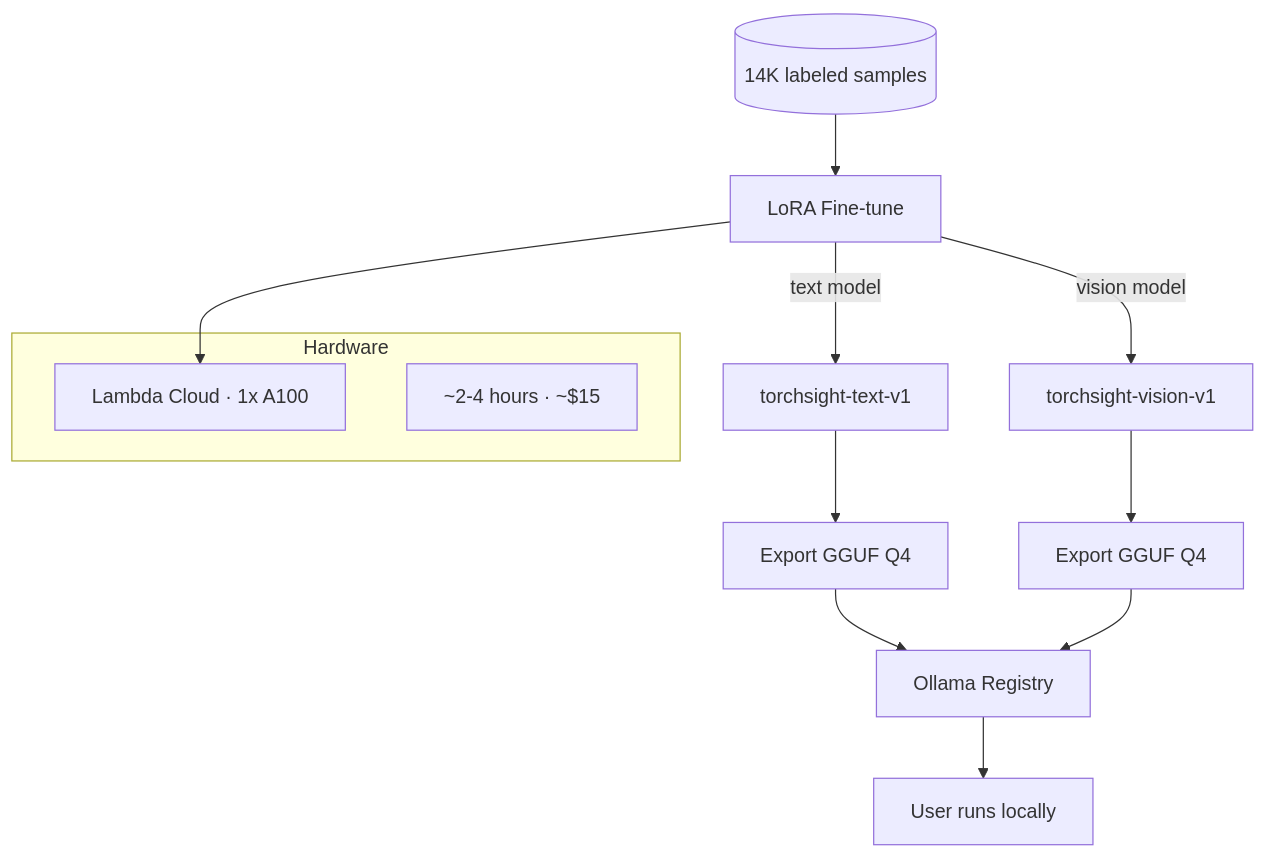
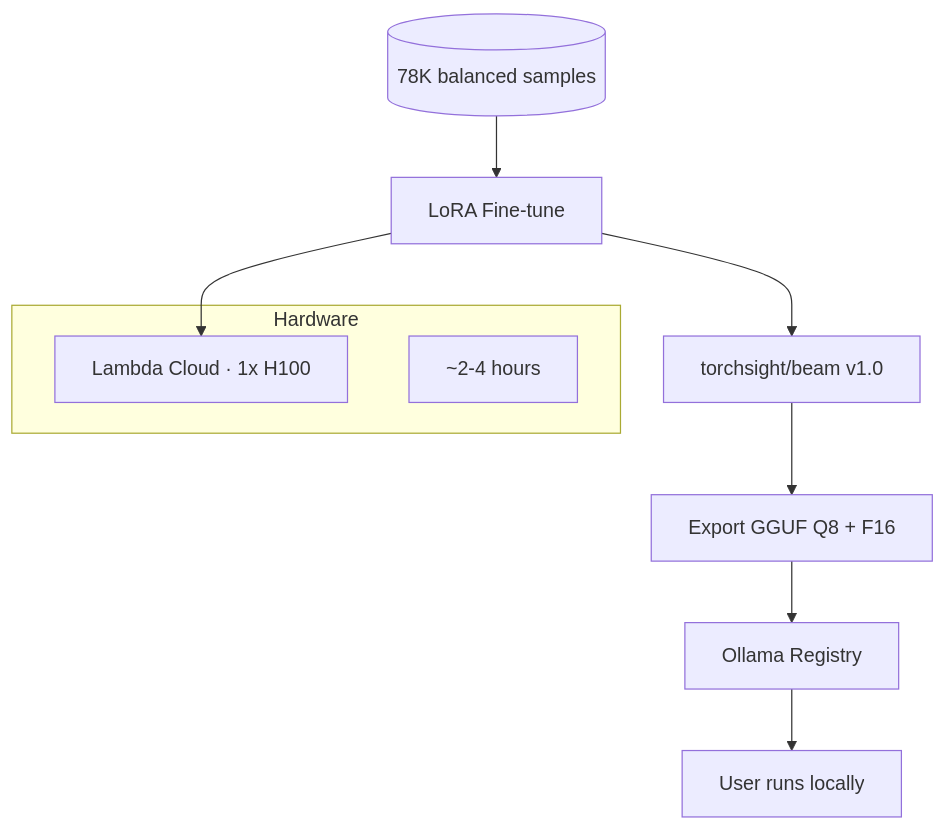
One commit to IvanDobrovolsky/torchsight changed the third of 3 diagrams in docs/CORPUS.md. Above: the diagram before and after it, drawn with Mermaid. The commit also changed other lines of this file and 37 other files, not shown here.

````diff
--- a/docs/CORPUS.md
+++ b/docs/CORPUS.md
@@ -253,18 +268,15 @@
 ```mermaid
 graph TB
-    DATA[(14K labeled samples)] --> LORA[LoRA Fine-tune]
-    LORA -->|text model| MISTRAL_FT[torchsight-text-v1]
-    LORA -->|vision model| LLAMA_FT[torchsight-vision-v1]
-    MISTRAL_FT --> GGUF_T[Export GGUF Q4]
-    LLAMA_FT --> GGUF_V[Export GGUF Q4]
-    GGUF_T --> OLLAMA[Ollama Registry]
-    GGUF_V --> OLLAMA
+    DATA[(78K balanced samples)] --> LORA[LoRA Fine-tune]
+    LORA --> BEAM[torchsight/beam v1.0]
+    BEAM --> GGUF[Export GGUF Q8 + F16]
+    GGUF --> OLLAMA[Ollama Registry]
     OLLAMA --> USER[User runs locally]
 
     subgraph Hardware
-        LAMBDA[Lambda Cloud · 1x A100]
-        TIME[~2-4 hours · ~$15]
+        LAMBDA[Lambda Cloud · 1x H100]
+        TIME[~2-4 hours]
     end
 
     LORA --> LAMBDA
 ```
````
